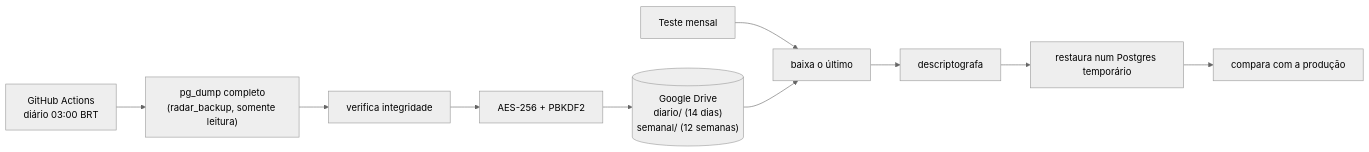
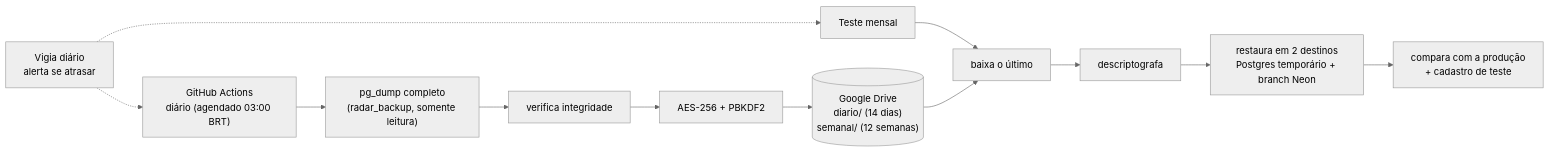
The fifth of 7 diagrams in docs/ARQUITETURA.md (agentanalisedegoverno-svg/dashboard-metrics-team), drawn with Mermaid (neutral theme) before and after one commit. The commit also changed other lines of this file and 3 other files, not shown here.

Commit message:
docs(backup): backup 100% funcional (restauração no Neon, vigia, semanal, horário real)

````diff
--- a/docs/ARQUITETURA.md
+++ b/docs/ARQUITETURA.md
@@ -163,9 +163,11 @@
 ```mermaid
 flowchart LR
-  CRON["GitHub Actions<br/>diário 03:00 BRT"] --> DUMP["pg_dump completo<br/>(radar_backup, somente leitura)"]
+  CRON["GitHub Actions<br/>diário (agendado 03:00 BRT)"] --> DUMP["pg_dump completo<br/>(radar_backup, somente leitura)"]
   DUMP --> CHK["verifica integridade"]
   CHK --> ENC["AES-256 + PBKDF2"]
   ENC --> DRV[("Google Drive<br/>diario/ (14 dias)<br/>semanal/ (12 semanas)")]
-  MES["Teste mensal"] --> DL["baixa o último"] --> DEC["descriptografa"] --> RST["restaura num Postgres temporário"] --> CMP["compara com a produção"]
+  MES["Teste mensal"] --> DL["baixa o último"] --> DEC["descriptografa"] --> RST["restaura em 2 destinos<br/>Postgres temporário + branch Neon"] --> CMP["compara com a produção<br/>+ cadastro de teste"]
   DRV --> DL
+  VIG["Vigia diário<br/>alerta se atrasar"] -.-> CRON
+  VIG -.-> MES
 ```
````
